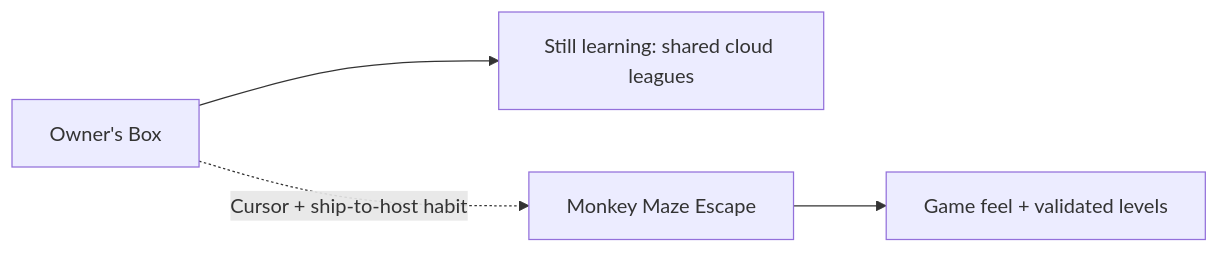
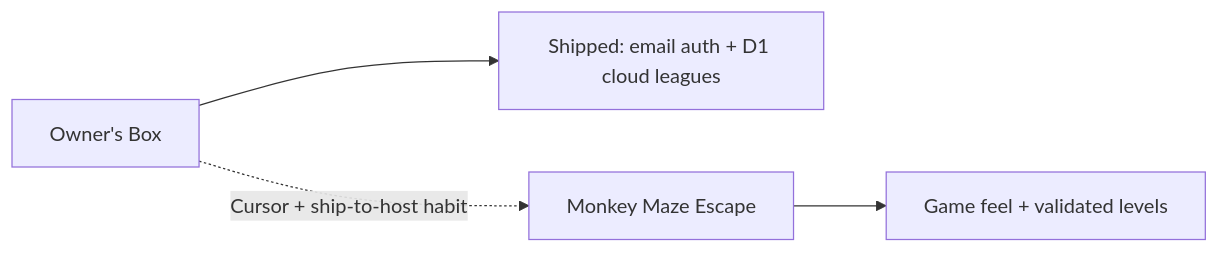
Before and after one commit to KxngAshby/Side-Projects-Portfolio: the diagram in README.md, drawn with Mermaid. The commit also changed other lines of this file and 5 other files, not shown here.

First line of the commit message:
Update Owner's Box case study for shipped cloud leagues.

````diff
--- a/README.md
+++ b/README.md
@@ -25,6 +25,6 @@
 ```mermaid
 flowchart LR
-    OB["Owner's Box"] --> Cloud["Still learning: shared cloud leagues"]
+    OB["Owner's Box"] --> Cloud["Shipped: email auth + D1 cloud leagues"]
     Maze["Monkey Maze Escape"] --> Juice["Game feel + validated levels"]
     OB -.->|"Cursor + ship-to-host habit"| Maze
 ```
````
